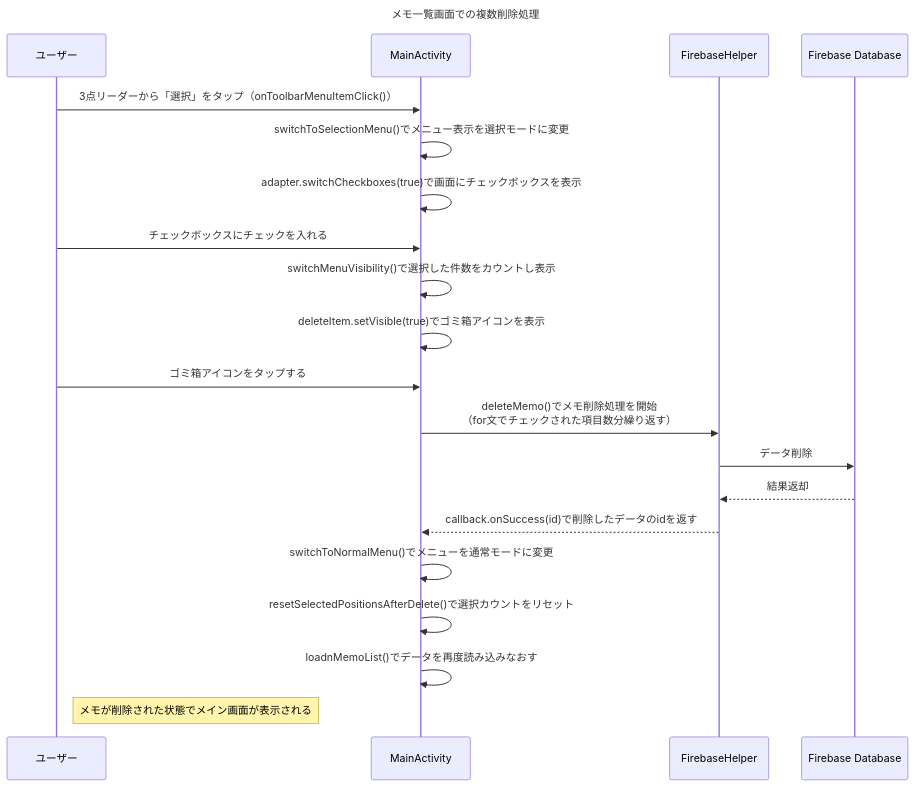
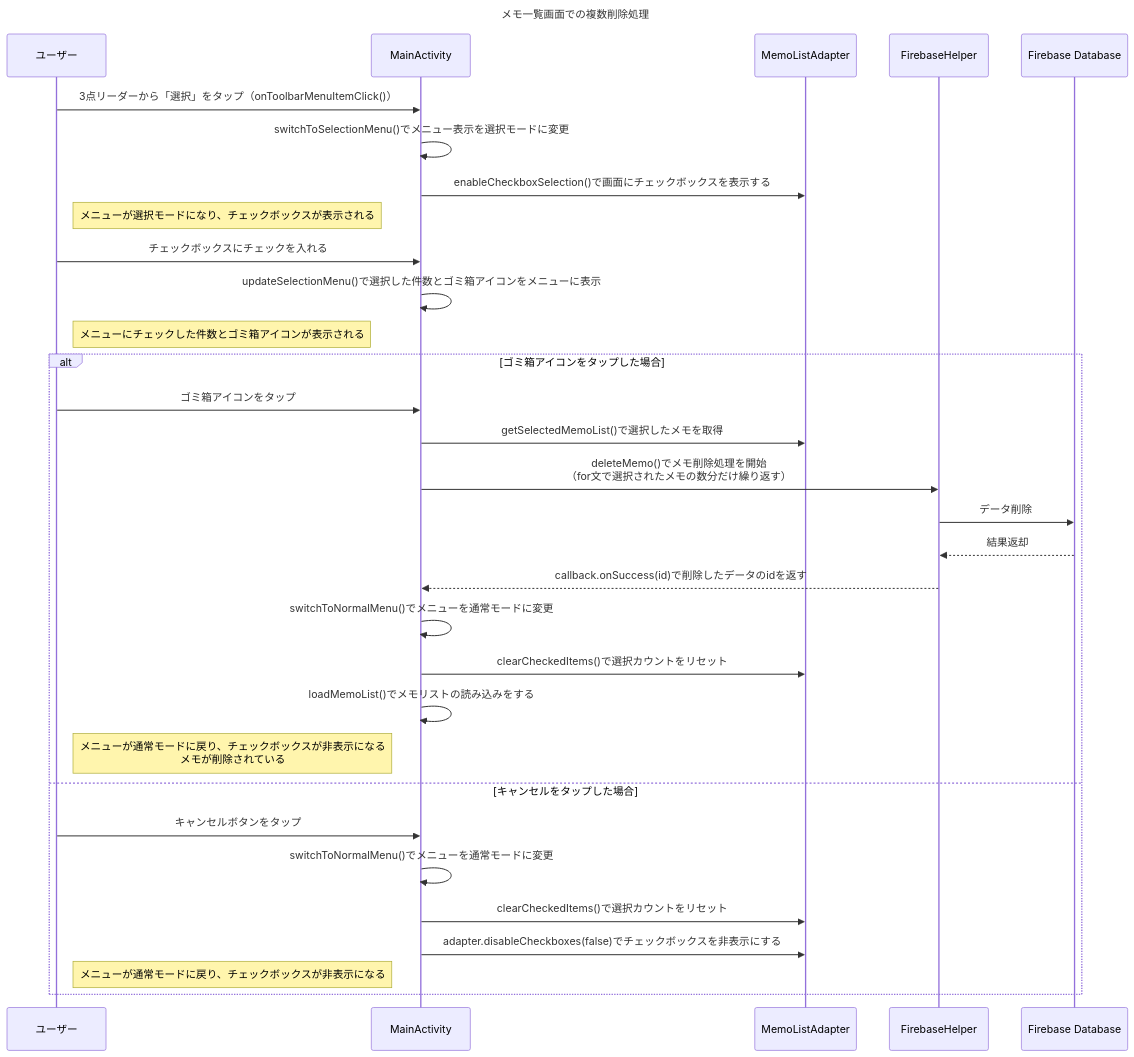
Before and after one commit to masu314/memo: the sixth of 6 diagrams in README.md, drawn with Mermaid. The commit also changed other lines of this file, not shown here.

Commit message:
[update]README.mdの複数削除処理のシーケンス図を修正

````diff
--- a/README.md
+++ b/README.md
@@ -102,24 +101,43 @@
 ```mermaid
 sequenceDiagram
     title メモ一覧画面での複数削除処理
     participant User as ユーザー
     participant Main as MainActivity
+    participant Adapter as MemoListAdapter
     participant Firebase as FirebaseHelper
     participant DB as Firebase Database
-
+    
     User->>Main: 3点リーダーから「選択」をタップ（onToolbarMenuItemClick()）
     Main->>Main: switchToSelectionMenu()でメニュー表示を選択モードに変更
-    Main->>Main: adapter.switchCheckboxes(true)で画面にチェックボックスを表示
+    Main->>Adapter: enableCheckboxSelection()で画面にチェックボックスを表示する
+    note right of User: メニューが選択モードになり、チェックボックスが表示される
+    
     User->>Main: チェックボックスにチェックを入れる
-    Main->>Main: switchMenuVisibility()で選択した件数をカウントし表示
-    Main->>Main: deleteItem.setVisible(true)でゴミ箱アイコンを表示
-    User->>Main: ゴミ箱アイコンをタップする
-    Main->>Firebase: deleteMemo()でメモ削除処理を開始<br/>（for文でチェックされた項目数分繰り返す）
+    Main->>Main: updateSelectionMenu()で選択した件数とゴミ箱アイコンをメニューに表示
+    note right of User: メニューにチェックした件数とゴミ箱アイコンが表示される
+    
+    alt ゴミ箱アイコンをタップした場合
+    
+    User->>Main: ゴミ箱アイコンをタップ
+    Main->>Adapter: getSelectedMemoList()で選択したメモを取得
+    Main->>Firebase: deleteMemo()でメモ削除処理を開始<br/>（for文で選択されたメモの数分だけ繰り返す）
     Firebase->>DB: データ削除
     DB-->>Firebase: 結果返却
     Firebase-->>Main: callback.onSuccess(id)で削除したデータのidを返す
     Main->>Main: switchToNormalMenu()でメニューを通常モードに変更
-    Main->>Main: resetSelectedPositionsAfterDelete()で選択カウントをリセット
-    Main->>Main: loadnMemoList()でデータを再度読み込みなおす
-    note right of User: メモが削除された状態でメイン画面が表示される
+    Main->>Adapter: clearCheckedItems()で選択カウントをリセット
+    Main->>Main: loadMemoList()でメモリストの読み込みをする
+    
+    note right of User: メニューが通常モードに戻り、チェックボックスが非表示になる<br/>メモが削除されている
+
+    else キャンセルをタップした場合
+
+    User->>Main: キャンセルボタンをタップ
+    Main->>Main: switchToNormalMenu()でメニューを通常モードに変更
+    Main->>Adapter: clearCheckedItems()で選択カウントをリセット
+    Main->>Adapter: adapter.disableCheckboxes(false)でチェックボックスを非表示にする
+    note right of User: メニューが通常モードに戻り、チェックボックスが非表示になる
+
+    end
+    
 ```
````
